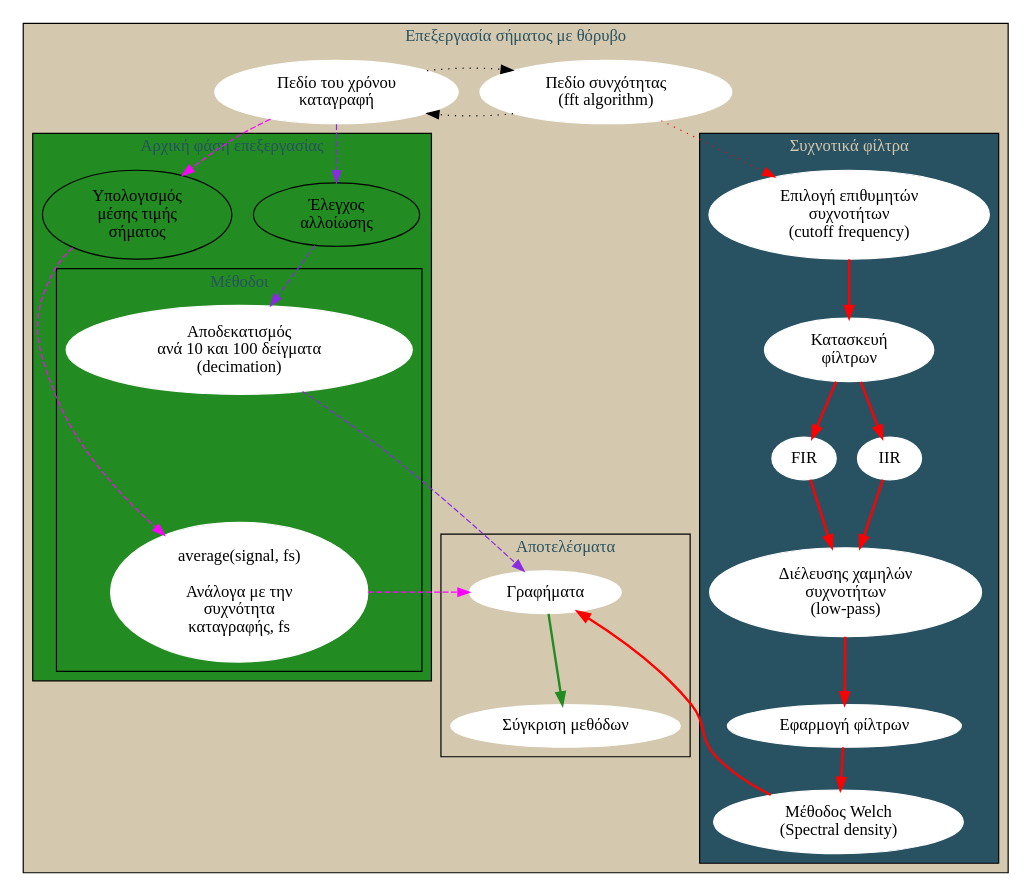
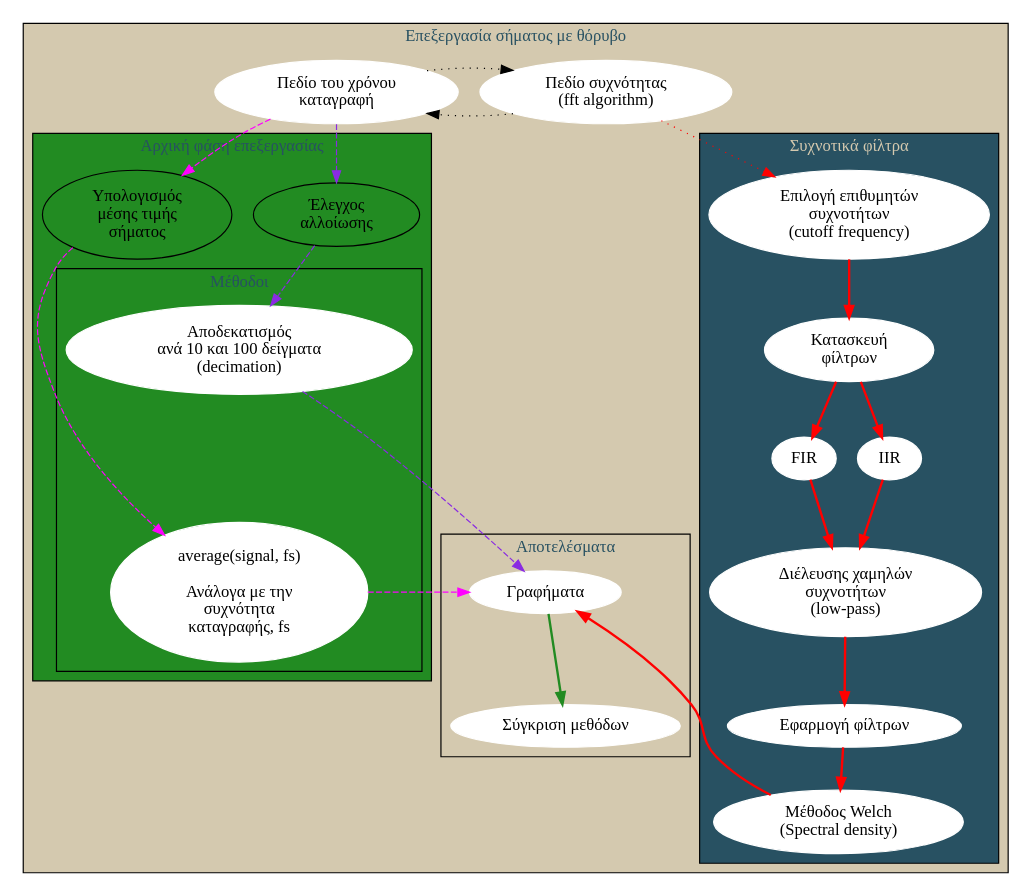
Before and after one commit to hmu-mech-npap/diss.tn.doc: the third of 3 diagrams in diss-docs/main_doc/main_doc.org, drawn with Graphviz. The commit also changed other lines of this file and 4 other files, not shown here.

```diff
--- a/diss-docs/main_doc/main_doc.org
+++ b/diss-docs/main_doc/main_doc.org
@@ -1515,7 +1515,7 @@
 
     //general bubbles
     graphs [label="Γραφήματα"]
-    fftmethod [label= "Πεδίο συνχότητας \n (fft algorithm)" ]
+    fftmethod [label= "Πεδίο συχνότητας \n (fft algorithm)" ]
     choosfilt [label="Επιλογή επιθυμητών \n συχνοτήτων \n(cutoff frequency)"]
     results [label="Σύγκριση μεθόδων"]
     avrged [label="average(signal, fs) \n \n Ανάλογα με την \n συχνότητα \n καταγραφής, fs"]
```
